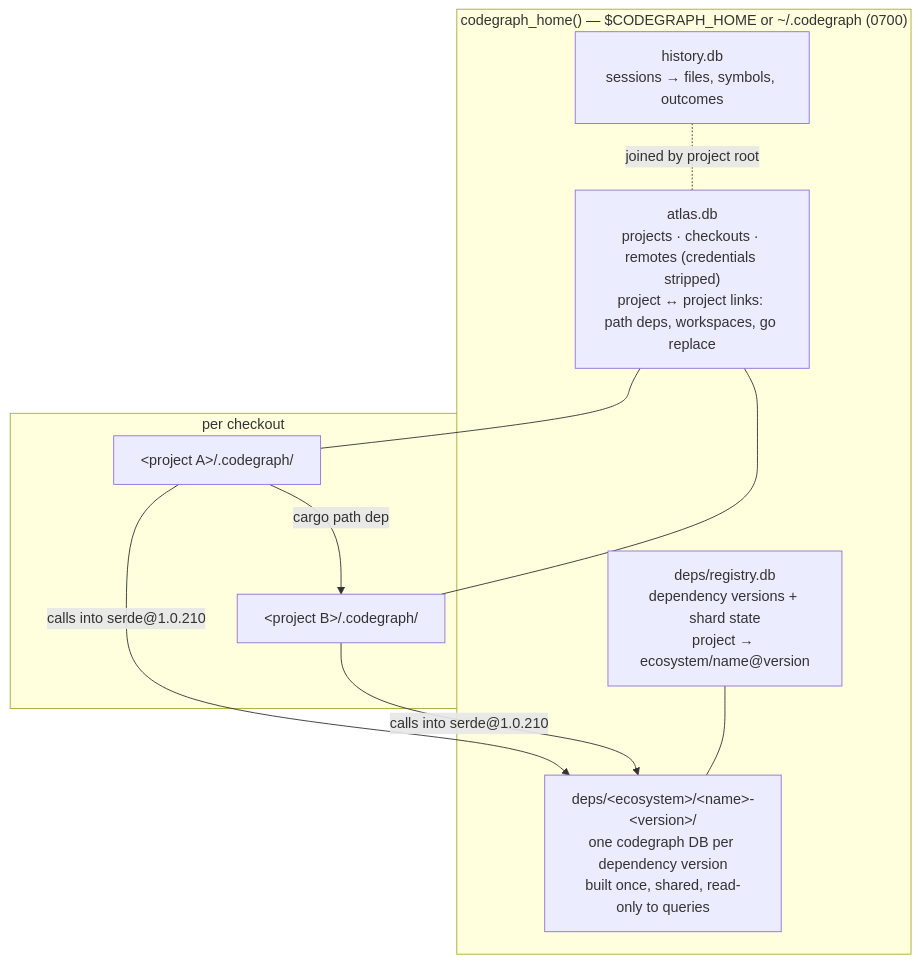
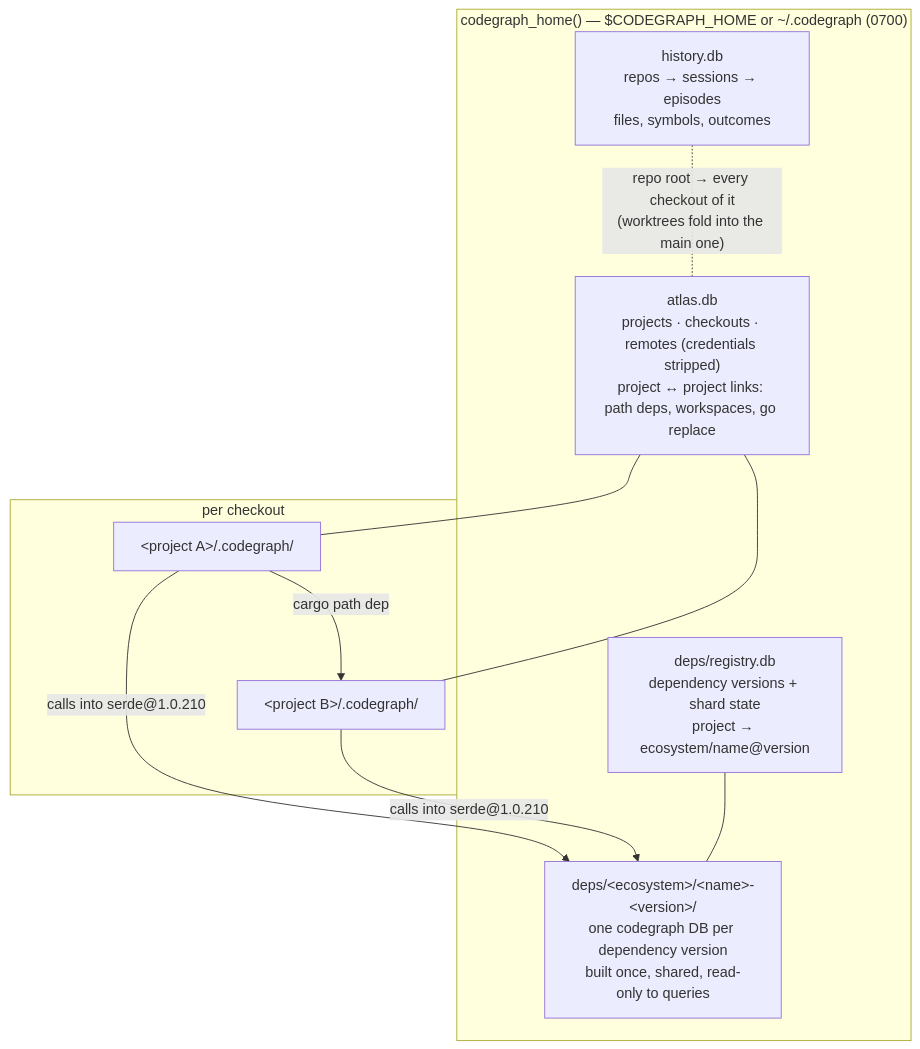
The diagram in docs/architecture/federated-graph.md (Miasin-Labs/codegraph-rs), drawn with Mermaid before and after one commit. The commit also changed other lines of this file and 29 other files, not shown here.

First line of the commit message:
feat(history): agent activity per atlas project and across its links (federation phase 4)

````diff
--- a/docs/architecture/federated-graph.md
+++ b/docs/architecture/federated-graph.md
@@ -24,19 +24,19 @@
 ```mermaid
 flowchart TB
   subgraph G["codegraph_home() — $CODEGRAPH_HOME or ~/.codegraph (0700)"]
     ATLAS["atlas.db<br/>projects · checkouts · remotes (credentials stripped)<br/>project ↔ project links: path deps, workspaces, go replace"]
     REG["deps/registry.db<br/>dependency versions + shard state<br/>project → ecosystem/name@version"]
     SHARDS["deps/&lt;ecosystem&gt;/&lt;name&gt;-&lt;version&gt;/<br/>one codegraph DB per dependency version<br/>built once, shared, read-only to queries"]
-    HIST["history.db<br/>sessions → files, symbols, outcomes"]
+    HIST["history.db<br/>repos → sessions → episodes<br/>files, symbols, outcomes"]
   end
   subgraph P["per checkout"]
     A["&lt;project A&gt;/.codegraph/"]
     B["&lt;project B&gt;/.codegraph/"]
   end
   A -- "calls into serde@1.0.210" --> SHARDS
   B -- "calls into serde@1.0.210" --> SHARDS
   A -- "cargo path dep" --> B
   ATLAS --- A & B
   REG --- SHARDS
-  HIST -. "joined by project root" .- ATLAS
+  HIST -. "repo root → every checkout of it<br/>(worktrees fold into the main one)" .- ATLAS
 ```
````
